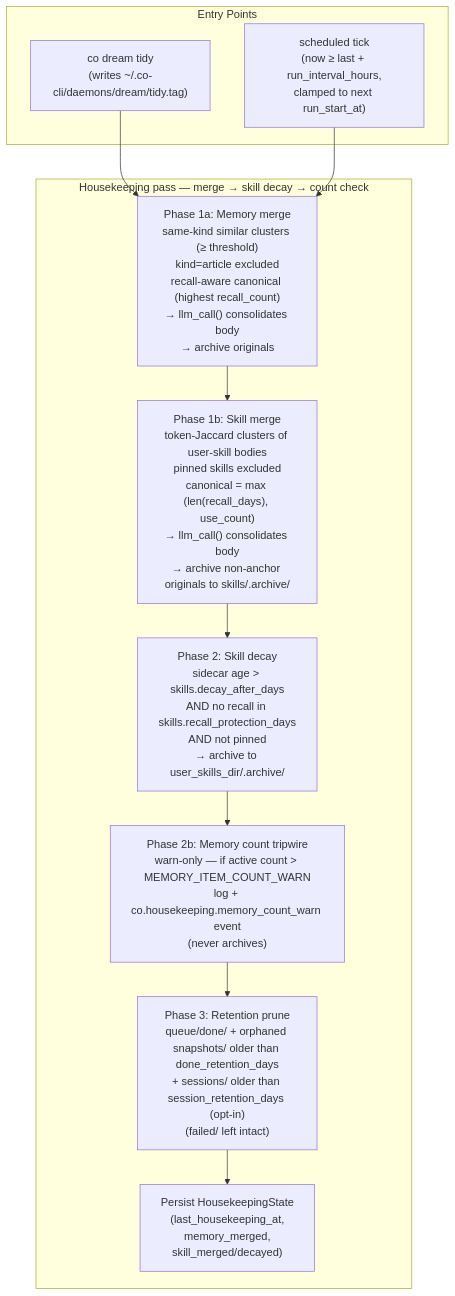
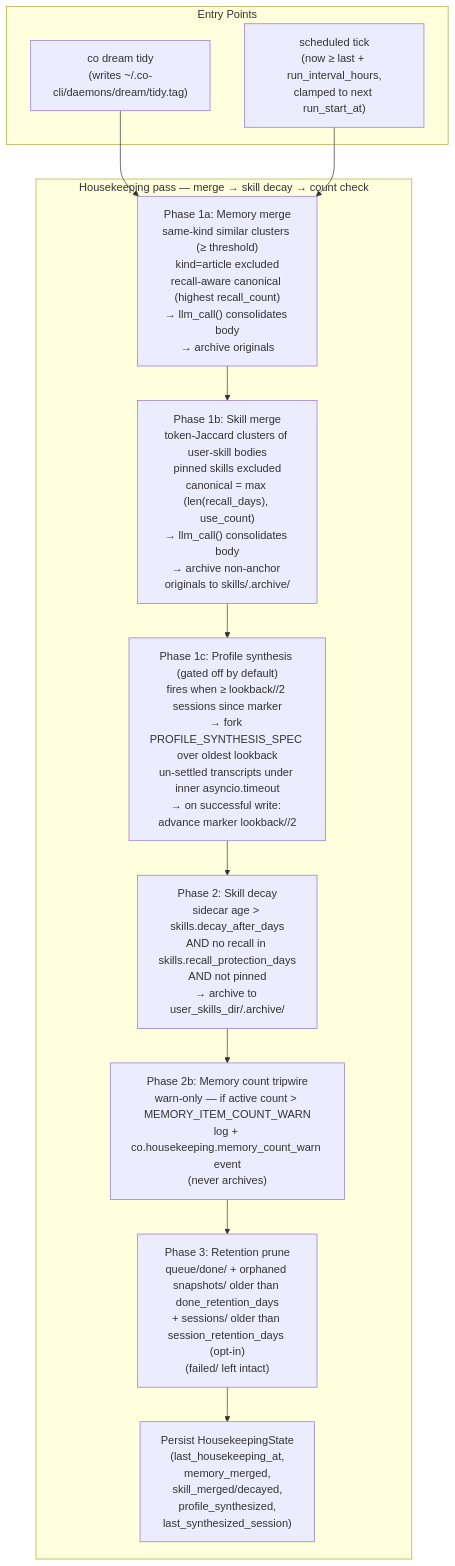
One commit to binlecode/co-cli changed the diagram in docs/specs/dream.md. Above: the diagram before and after it, drawn with Mermaid. The commit also changed other lines of this file and 12 other files, not shown here.

First line of the commit message:
feat: cross-session user-profile synthesis dream sub-pass (v0.8.428)

````diff
--- a/docs/specs/dream.md
+++ b/docs/specs/dream.md
@@ -298,24 +298,26 @@
 ```mermaid
 flowchart TD
     subgraph Entry["Entry Points"]
         Manual["co dream tidy\n(writes ~/.co-cli/daemons/dream/tidy.tag)"]
         Auto["scheduled tick\n(now ≥ last + run_interval_hours,\nclamped to next run_start_at)"]
     end
 
     subgraph Pass["Housekeeping pass — merge → skill decay → count check"]
         MemMerge["Phase 1a: Memory merge\nsame-kind similar clusters (≥ threshold)\nkind=article excluded\nrecall-aware canonical (highest recall_count)\n→ llm_call() consolidates body\n→ archive originals"]
         SkillMerge["Phase 1b: Skill merge\ntoken-Jaccard clusters of user-skill bodies\npinned skills excluded\ncanonical = max (len(recall_days), use_count)\n→ llm_call() consolidates body\n→ archive non-anchor originals to skills/.archive/"]
+        ProfileSynth["Phase 1c: Profile synthesis (gated off by default)\nfires when ≥ lookback//2 sessions since marker\n→ fork PROFILE_SYNTHESIS_SPEC over oldest lookback\nun-settled transcripts under inner asyncio.timeout\n→ on successful write: advance marker lookback//2"]
         SkillDecay["Phase 2: Skill decay\nsidecar age > skills.decay_after_days\nAND no recall in skills.recall_protection_days\nAND not pinned\n→ archive to user_skills_dir/.archive/"]
         CountCheck["Phase 2b: Memory count tripwire\nwarn-only — if active count > MEMORY_ITEM_COUNT_WARN\nlog + co.housekeeping.memory_count_warn event\n(never archives)"]
         Prune["Phase 3: Retention prune\nqueue/done/ + orphaned snapshots/ older than done_retention_days\n+ sessions/ older than session_retention_days (opt-in)\n(failed/ left intact)"]
-        State["Persist HousekeepingState\n(last_housekeeping_at,\n memory_merged,\n skill_merged/decayed)"]
+        State["Persist HousekeepingState\n(last_housekeeping_at,\n memory_merged,\n skill_merged/decayed,\n profile_synthesized,\n last_synthesized_session)"]
     end
 
     Manual --> MemMerge
     Auto --> MemMerge
     MemMerge --> SkillMerge
-    SkillMerge --> SkillDecay
+    SkillMerge --> ProfileSynth
+    ProfileSynth --> SkillDecay
     SkillDecay --> CountCheck
     CountCheck --> Prune
     Prune --> State
 ```
````
